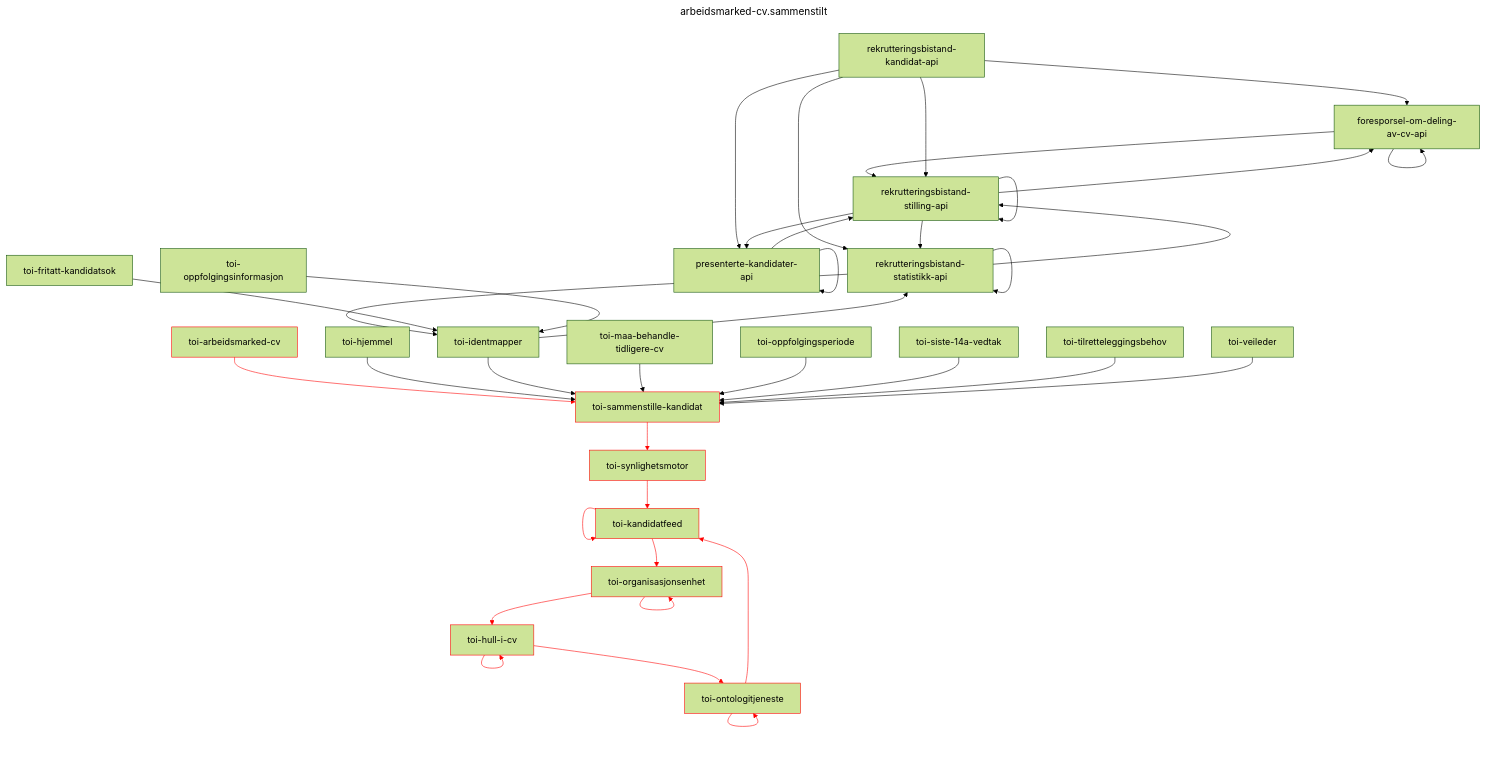
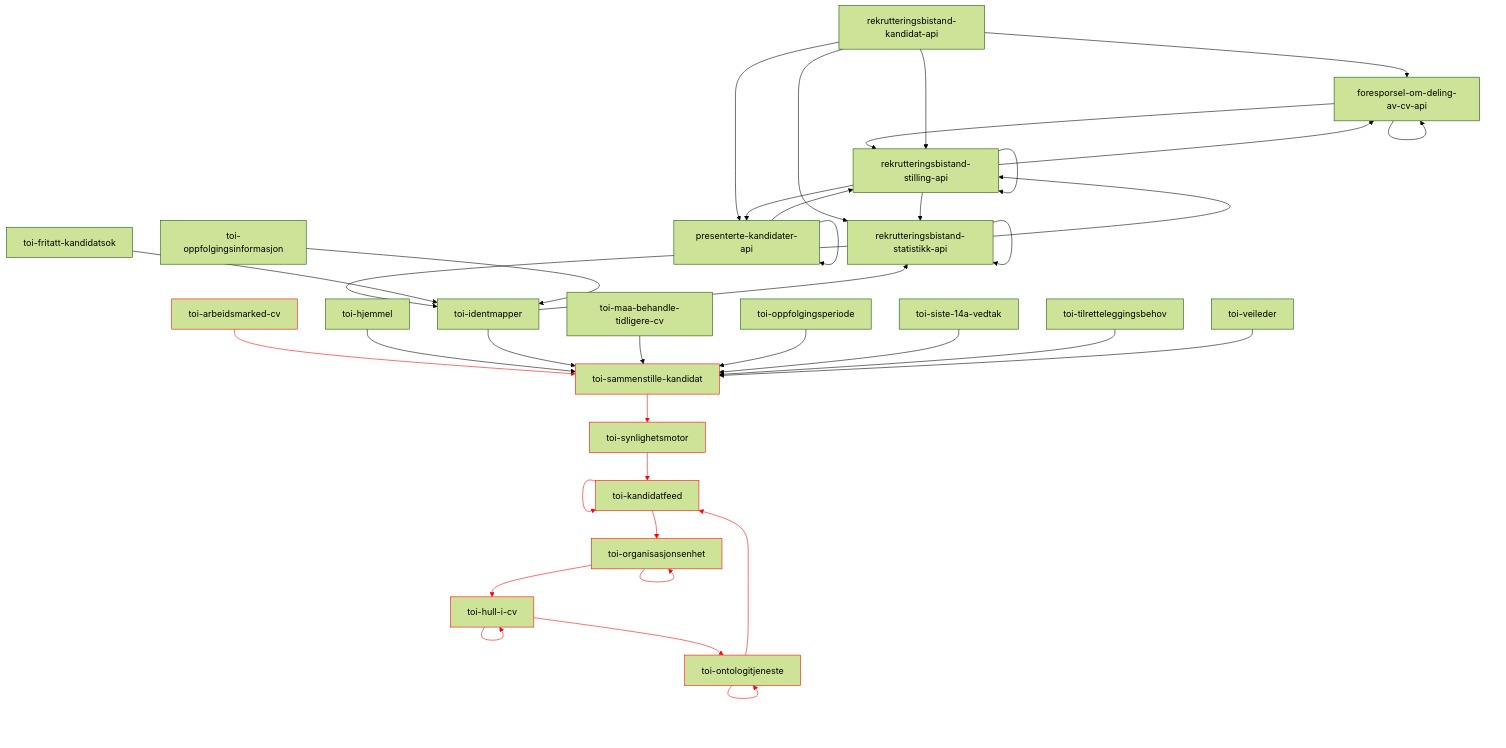
Before and after one commit to navikt/toi-rapids-and-rivers-grapher: the second of 34 diagrams in README.md, drawn with Mermaid (forest theme). The commit also changed other lines of this file, not shown here.

Commit message:
Oppdater Mermaid utskrift

````diff
--- a/README.md
+++ b/README.md
@@ -44,45 +45,42 @@
 ```mermaid
----
-title: arbeidsmarked-cv.sammenstilt
----
 graph TD;
 foresporsel-om-deling-av-cv-api --> foresporsel-om-deling-av-cv-api;
 foresporsel-om-deling-av-cv-api --> rekrutteringsbistand-stilling-api;
 presenterte-kandidater-api --> presenterte-kandidater-api;
 presenterte-kandidater-api --> rekrutteringsbistand-stilling-api;
 rekrutteringsbistand-kandidat-api --> foresporsel-om-deling-av-cv-api;
 rekrutteringsbistand-kandidat-api --> presenterte-kandidater-api;
 rekrutteringsbistand-kandidat-api --> rekrutteringsbistand-statistikk-api;
 rekrutteringsbistand-kandidat-api --> rekrutteringsbistand-stilling-api;
 rekrutteringsbistand-statistikk-api --> rekrutteringsbistand-statistikk-api;
 rekrutteringsbistand-statistikk-api --> rekrutteringsbistand-stilling-api;
 rekrutteringsbistand-statistikk-api --> toi-identmapper;
 rekrutteringsbistand-stilling-api --> foresporsel-om-deling-av-cv-api;
 rekrutteringsbistand-stilling-api --> presenterte-kandidater-api;
 rekrutteringsbistand-stilling-api --> rekrutteringsbistand-statistikk-api;
 rekrutteringsbistand-stilling-api --> rekrutteringsbistand-stilling-api;
 toi-arbeidsmarked-cv:::x --> toi-sammenstille-kandidat:::x;
 toi-fritatt-kandidatsok --> toi-identmapper;
 toi-hjemmel --> toi-sammenstille-kandidat;
 toi-hull-i-cv:::x --> toi-hull-i-cv:::x;
 toi-hull-i-cv:::x --> toi-ontologitjeneste:::x;
 toi-identmapper --> rekrutteringsbistand-statistikk-api;
 toi-identmapper --> toi-sammenstille-kandidat;
 toi-kandidatfeed:::x --> toi-kandidatfeed:::x;
 toi-kandidatfeed:::x --> toi-organisasjonsenhet:::x;
 toi-maa-behandle-tidligere-cv --> toi-sammenstille-kandidat;
 toi-ontologitjeneste:::x --> toi-kandidatfeed:::x;
 toi-ontologitjeneste:::x --> toi-ontologitjeneste:::x;
 toi-oppfolgingsinformasjon --> toi-identmapper;
 toi-oppfolgingsperiode --> toi-sammenstille-kandidat;
 toi-organisasjonsenhet:::x --> toi-hull-i-cv:::x;
 toi-organisasjonsenhet:::x --> toi-organisasjonsenhet:::x;
 toi-sammenstille-kandidat:::x --> toi-synlighetsmotor:::x;
 toi-siste-14a-vedtak --> toi-sammenstille-kandidat;
 toi-synlighetsmotor:::x --> toi-kandidatfeed:::x;
 toi-tilretteleggingsbehov --> toi-sammenstille-kandidat;
 toi-veileder --> toi-sammenstille-kandidat;
 
 linkStyle 15,18,19,22,23,25,26,29,30,31,33 stroke:red;
 classDef x stroke: red;
 ```
````
